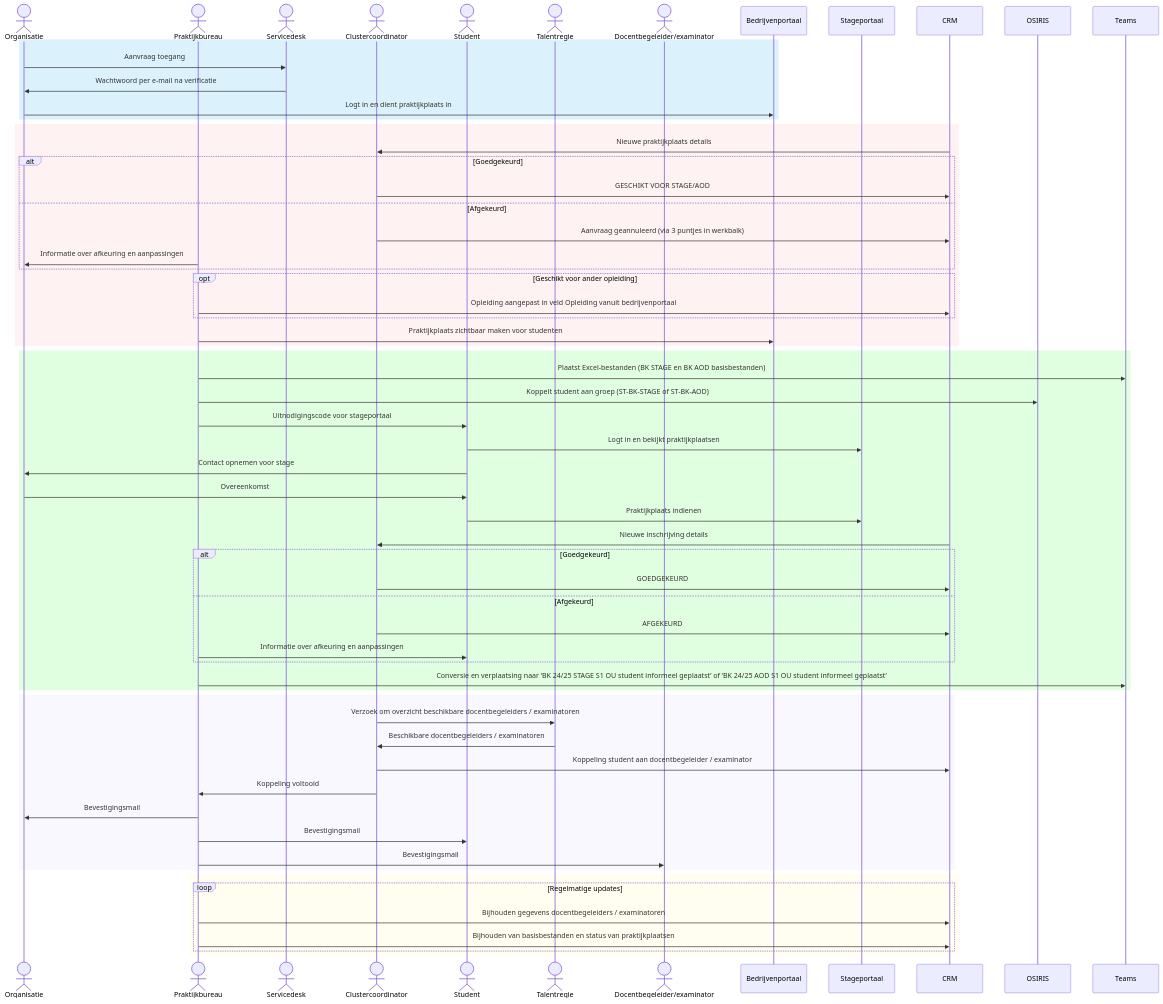
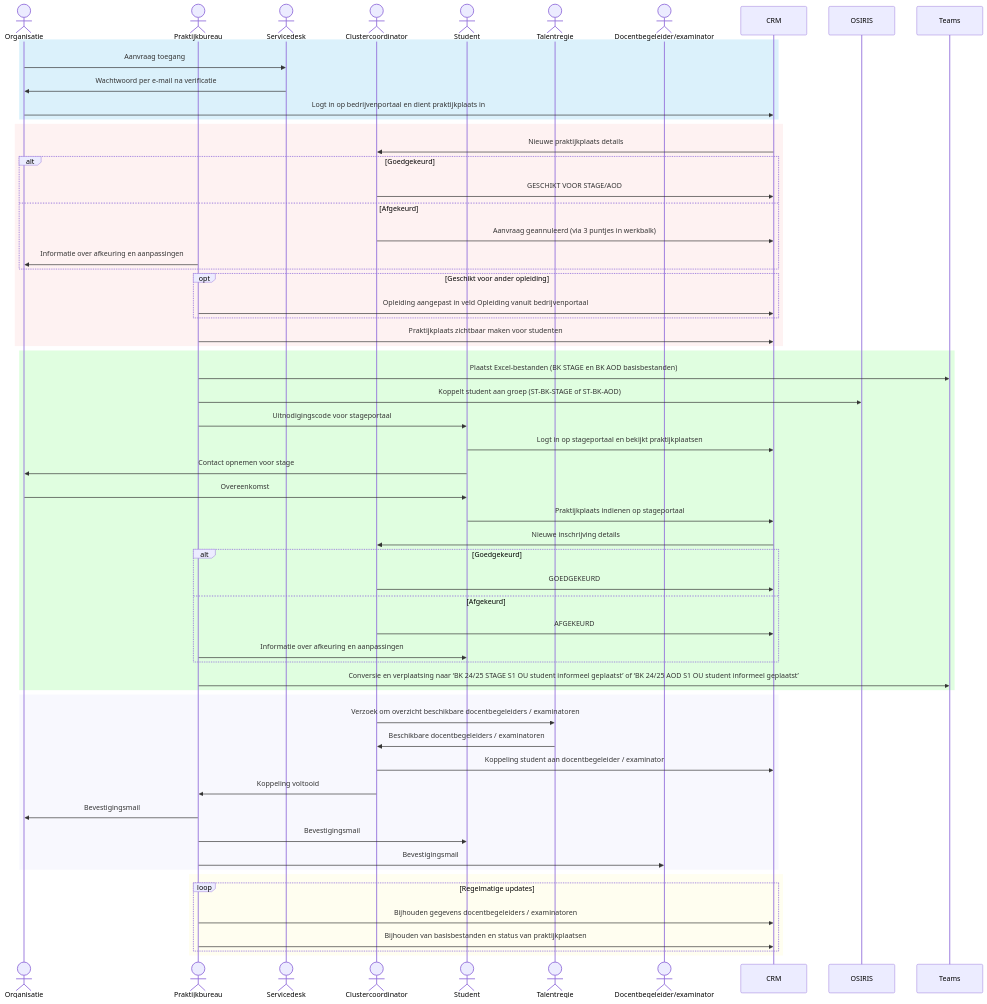
Before and after one commit to hanbedrijfskunde/praktijkworkflow: the diagram in workflow.qmd, drawn with Mermaid. The commit also changed other lines of this file and 4 other files, not shown here.

````diff
--- a/workflow.qmd
+++ b/workflow.qmd
@@ -172,79 +19,77 @@
 ```{mermaid}
 
 sequenceDiagram
   actor Organisatie
   actor Praktijkbureau
   actor Servicedesk
   actor Clustercoordinator
   actor Student
   actor Talentregie
   actor Docentbegeleider/examinator
-  participant Bedrijvenportaal
-  participant Stageportaal
   participant CRM
   participant OSIRIS
   participant Teams
   
 
   %% Fase 1: Toegang & Indienen
   rect rgb(137, 207, 240, 0.3)
   Organisatie->>Servicedesk: Aanvraag toegang
   Servicedesk->>Organisatie: Wachtwoord per e-mail na verificatie
-  Organisatie->>Bedrijvenportaal: Logt in en dient praktijkplaats in
+  Organisatie->>CRM: Logt in op bedrijvenportaal en dient praktijkplaats in
   end
   
   %% Fase 2: Beoordelen & Verwerken
   rect rgb(240, 128, 128, 0.1)
   CRM->>Clustercoordinator: Nieuwe praktijkplaats details
   alt Goedgekeurd
     Clustercoordinator->>CRM: GESCHIKT VOOR STAGE/AOD
   else Afgekeurd
     Clustercoordinator->>CRM: Aanvraag geannuleerd (via 3 puntjes in werkbalk)
     Praktijkbureau->>Organisatie: Informatie over afkeuring en aanpassingen
   end
   opt Geschikt voor ander opleiding
     Praktijkbureau ->> CRM: Opleiding aangepast in veld Opleiding vanuit bedrijvenportaal
   end
-  Praktijkbureau->>Bedrijvenportaal: Praktijkplaats zichtbaar maken voor studenten
+  Praktijkbureau->>CRM: Praktijkplaats zichtbaar maken voor studenten
   end
 
   %% Fase 3: Inschrijvingen & Goedkeuring
   rect rgb(152, 251, 152, 0.3)
   Praktijkbureau->>Teams: Plaatst Excel-bestanden (BK STAGE en BK AOD basisbestanden)
   Praktijkbureau->>OSIRIS: Koppelt student aan groep (ST-BK-STAGE of ST-BK-AOD)
   Praktijkbureau->>Student: Uitnodigingscode voor stageportaal
-  Student->>Stageportaal: Logt in en bekijkt praktijkplaatsen
+  Student->>CRM: Logt in op stageportaal en bekijkt praktijkplaatsen
   Student->>Organisatie: Contact opnemen voor stage
   Organisatie->>Student: Overeenkomst
-  Student->>Stageportaal: Praktijkplaats indienen
+  Student->>CRM: Praktijkplaats indienen op stageportaal
   CRM->>Clustercoordinator: Nieuwe inschrijving details
   alt Goedgekeurd
     Clustercoordinator->>CRM: GOEDGEKEURD
   else Afgekeurd
     Clustercoordinator->>CRM: AFGEKEURD
     Praktijkbureau->>Student: Informatie over afkeuring en aanpassingen
   end
   Praktijkbureau->>Teams: Conversie en verplaatsing naar ‘BK 24/25 STAGE S1 OU student informeel geplaatst’ of ‘BK 24/25 AOD S1 OU student informeel geplaatst’
   end
 
   %% Fase 4: Inzet begeleiding
   rect rgb(230, 230, 250, 0.3)
   Clustercoordinator->>Talentregie: Verzoek om overzicht beschikbare docentbegeleiders / examinatoren
   Talentregie->>Clustercoordinator: Beschikbare docentbegeleiders / examinatoren
   Clustercoordinator->>CRM: Koppeling student aan docentbegeleider / examinator
   Clustercoordinator->>Praktijkbureau: Koppeling voltooid
   Praktijkbureau->>Organisatie: Bevestigingsmail
   Praktijkbureau->>Student: Bevestigingsmail
   Praktijkbureau->>Docentbegeleider/examinator: Bevestigingsmail
   end
 
   %% Fase 5: Overzicht en Onderhoud
   rect rgb(255, 250, 205, 0.3)
   loop Regelmatige updates
     Praktijkbureau->>CRM: Bijhouden gegevens docentbegeleiders / examinatoren
     Praktijkbureau->>CRM: Bijhouden van basisbestanden en status van praktijkplaatsen
   end
   end
 
 
 ```
````
